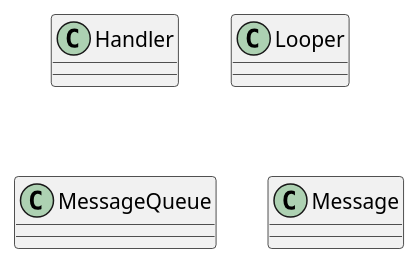
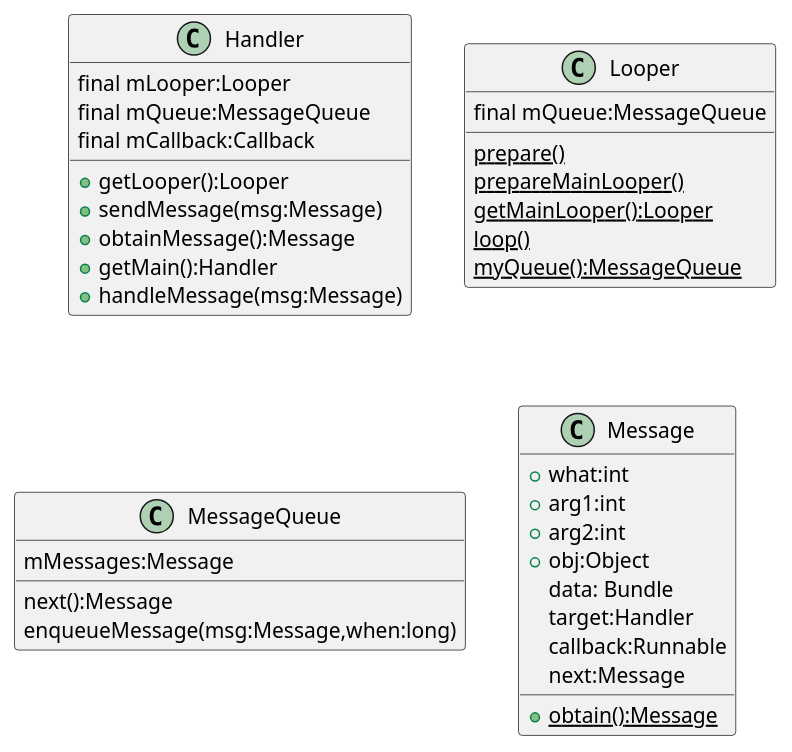
The diagram in uml/Aggregation_1.puml (REBOOTERS/My-MVP), drawn with PlantUML before and after one commit. The commit also changed 4 other files, not shown here.

```diff
--- a/uml/Aggregation_1.puml
+++ b/uml/Aggregation_1.puml
@@ -1,15 +1,47 @@
 @startuml
 
-class Handler
-class Looper
-class MessageQueue
-class Message
+class Handler {
+    final mLooper:Looper
+    final mQueue:MessageQueue
+    final mCallback:Callback
+
+    + getLooper():Looper
+    + sendMessage(msg:Message)
+    + obtainMessage():Message
+    + getMain():Handler
+    + handleMessage(msg:Message)
+}
+class Looper {
+    final mQueue:MessageQueue
+    {static} prepare()
+    {static} prepareMainLooper()
+    {static} getMainLooper():Looper
+    {static} loop()
+    {static} myQueue():MessageQueue
+}
+class MessageQueue {
+    mMessages:Message
+    next():Message
+    enqueueMessage(msg:Message,when:long)
+}
+class Message {
+    + what:int
+    + arg1:int
+    + arg2:int
+    + obj:Object
+    data: Bundle
+    target:Handler
+    callback:Runnable
+    next:Message
+
+    + {static} obtain():Message
+}
 
 'Message <.. MessageQueue
 'Handler *-- Looper
 'Handler *-- MessageQueue
 'Handler *-- Message
 
 
 
 @enduml
```
